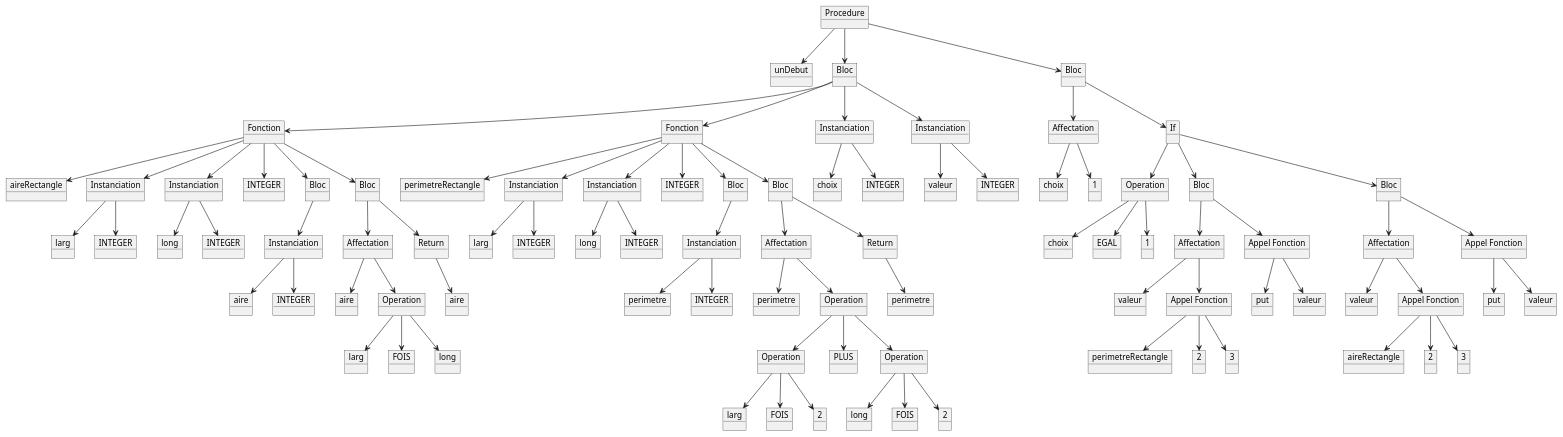
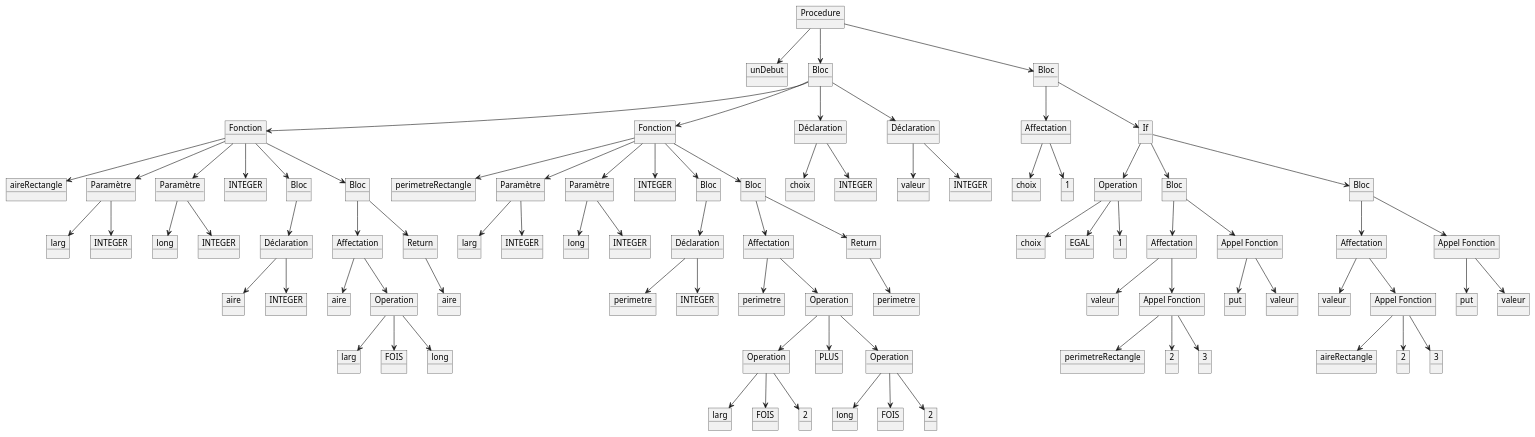
The diagram in Programmes/unDebutTopDown.pu (LeBoufty/pcl), drawn with PlantUML before and after one commit. The commit also changed 12 other files, not shown here.

```diff
--- a/Programmes/unDebutTopDown.pu
+++ b/Programmes/unDebutTopDown.pu
@@ -1,177 +1,177 @@
 @startuml ArbreSyntaxique
 object "Procedure" as Procedure
 object "unDebut" as unDebut
 object "Bloc" as Bloc
 object "Bloc" as Bloc5
 object "Fonction" as Fonction
 object "Fonction" as Fonction1
-object "Instanciation" as Instanciation6
-object "Instanciation" as Instanciation7
+object "Déclaration" as Declaration2
+object "Déclaration" as Declaration3
 object "Affectation" as Affectation2
 object "If" as InstructionIf
 object "aireRectangle" as aireRectangle
-object "Instanciation" as Instanciation
-object "Instanciation" as Instanciation1
+object "Paramètre" as Parametre
+object "Paramètre" as Parametre1
 object "INTEGER" as INTEGER__
 object "Bloc" as Bloc1
 object "Bloc" as Bloc2
 object "perimetreRectangle" as perimetreRectangle
-object "Instanciation" as Instanciation3
-object "Instanciation" as Instanciation4
+object "Paramètre" as Parametre2
+object "Paramètre" as Parametre3
 object "INTEGER" as INTEGER______
 object "Bloc" as Bloc3
 object "Bloc" as Bloc4
 object "choix" as choix
 object "INTEGER" as INTEGER________
 object "valeur" as valeur
 object "INTEGER" as INTEGER_________
 object "choix" as choix_
 object "1" as 1
 object "Operation" as Operation4
 object "Bloc" as Bloc6
 object "Bloc" as Bloc7
 object "larg" as larg
 object "INTEGER" as INTEGER
 object "long" as long
 object "INTEGER" as INTEGER_
-object "Instanciation" as Instanciation2
+object "Déclaration" as Declaration
 object "Affectation" as Affectation
 object "Return" as Return
 object "larg" as larg__
 object "INTEGER" as INTEGER____
 object "long" as long__
 object "INTEGER" as INTEGER_____
-object "Instanciation" as Instanciation5
+object "Déclaration" as Declaration1
 object "Affectation" as Affectation1
 object "Return" as Return1
 object "choix" as choix__
 object "EGAL" as EGAL
 object "1" as 1_
 object "Affectation" as Affectation3
 object "Appel Fonction" as AppelFonction1
 object "Affectation" as Affectation4
 object "Appel Fonction" as AppelFonction3
 object "aire" as aire
 object "INTEGER" as INTEGER___
 object "aire" as aire_
 object "Operation" as Operation
 object "aire" as aire__
 object "perimetre" as perimetre
 object "INTEGER" as INTEGER_______
 object "perimetre" as perimetre_
 object "Operation" as Operation1
 object "perimetre" as perimetre__
 object "valeur" as valeur_
 object "Appel Fonction" as AppelFonction
 object "put" as put
 object "valeur" as valeur__
 object "valeur" as valeur___
 object "Appel Fonction" as AppelFonction2
 object "put" as put_
 object "valeur" as valeur____
 object "larg" as larg_
 object "FOIS" as FOIS
 object "long" as long_
 object "Operation" as Operation2
 object "PLUS" as PLUS
 object "Operation" as Operation3
 object "perimetreRectangle" as perimetreRectangle_
 object "2" as 2__
 object "3" as 3
 object "aireRectangle" as aireRectangle_
 object "2" as 2___
 object "3" as 3_
 object "larg" as larg___
 object "FOIS" as FOIS_
 object "2" as 2
 object "long" as long___
 object "FOIS" as FOIS__
 object "2" as 2_
 Procedure -down-> unDebut
 Procedure -down-> Bloc
 Procedure -down-> Bloc5
 Bloc -down-> Fonction
 Bloc -down-> Fonction1
-Bloc -down-> Instanciation6
-Bloc -down-> Instanciation7
+Bloc -down-> Declaration2
+Bloc -down-> Declaration3
 Bloc5 -down-> Affectation2
 Bloc5 -down-> InstructionIf
 Fonction -down-> aireRectangle
-Fonction -down-> Instanciation
-Fonction -down-> Instanciation1
+Fonction -down-> Parametre
+Fonction -down-> Parametre1
 Fonction -down-> INTEGER__
 Fonction -down-> Bloc1
 Fonction -down-> Bloc2
 Fonction1 -down-> perimetreRectangle
-Fonction1 -down-> Instanciation3
-Fonction1 -down-> Instanciation4
+Fonction1 -down-> Parametre2
+Fonction1 -down-> Parametre3
 Fonction1 -down-> INTEGER______
 Fonction1 -down-> Bloc3
 Fonction1 -down-> Bloc4
-Instanciation6 -down-> choix
-Instanciation6 -down-> INTEGER________
-Instanciation7 -down-> valeur
-Instanciation7 -down-> INTEGER_________
+Declaration2 -down-> choix
+Declaration2 -down-> INTEGER________
+Declaration3 -down-> valeur
+Declaration3 -down-> INTEGER_________
 Affectation2 -down-> choix_
 Affectation2 -down-> 1
 InstructionIf -down-> Operation4
 InstructionIf -down-> Bloc6
 InstructionIf -down-> Bloc7
-Instanciation -down-> larg
-Instanciation -down-> INTEGER
-Instanciation1 -down-> long
-Instanciation1 -down-> INTEGER_
-Bloc1 -down-> Instanciation2
+Parametre -down-> larg
+Parametre -down-> INTEGER
+Parametre1 -down-> long
+Parametre1 -down-> INTEGER_
+Bloc1 -down-> Declaration
 Bloc2 -down-> Affectation
 Bloc2 -down-> Return
-Instanciation3 -down-> larg__
-Instanciation3 -down-> INTEGER____
-Instanciation4 -down-> long__
-Instanciation4 -down-> INTEGER_____
-Bloc3 -down-> Instanciation5
+Parametre2 -down-> larg__
+Parametre2 -down-> INTEGER____
+Parametre3 -down-> long__
+Parametre3 -down-> INTEGER_____
+Bloc3 -down-> Declaration1
 Bloc4 -down-> Affectation1
 Bloc4 -down-> Return1
 Operation4 -down-> choix__
 Operation4 -down-> EGAL
 Operation4 -down-> 1_
 Bloc6 -down-> Affectation3
 Bloc6 -down-> AppelFonction1
 Bloc7 -down-> Affectation4
 Bloc7 -down-> AppelFonction3
-Instanciation2 -down-> aire
-Instanciation2 -down-> INTEGER___
+Declaration -down-> aire
+Declaration -down-> INTEGER___
 Affectation -down-> aire_
 Affectation -down-> Operation
 Return -down-> aire__
-Instanciation5 -down-> perimetre
-Instanciation5 -down-> INTEGER_______
+Declaration1 -down-> perimetre
+Declaration1 -down-> INTEGER_______
 Affectation1 -down-> perimetre_
 Affectation1 -down-> Operation1
 Return1 -down-> perimetre__
 Affectation3 -down-> valeur_
 Affectation3 -down-> AppelFonction
 AppelFonction1 -down-> put
 AppelFonction1 -down-> valeur__
 Affectation4 -down-> valeur___
 Affectation4 -down-> AppelFonction2
 AppelFonction3 -down-> put_
 AppelFonction3 -down-> valeur____
 Operation -down-> larg_
 Operation -down-> FOIS
 Operation -down-> long_
 Operation1 -down-> Operation2
 Operation1 -down-> PLUS
 Operation1 -down-> Operation3
 AppelFonction -down-> perimetreRectangle_
 AppelFonction -down-> 2__
 AppelFonction -down-> 3
 AppelFonction2 -down-> aireRectangle_
 AppelFonction2 -down-> 2___
 AppelFonction2 -down-> 3_
 Operation2 -down-> larg___
 Operation2 -down-> FOIS_
 Operation2 -down-> 2
 Operation3 -down-> long___
 Operation3 -down-> FOIS__
 Operation3 -down-> 2_
 @enduml
```
